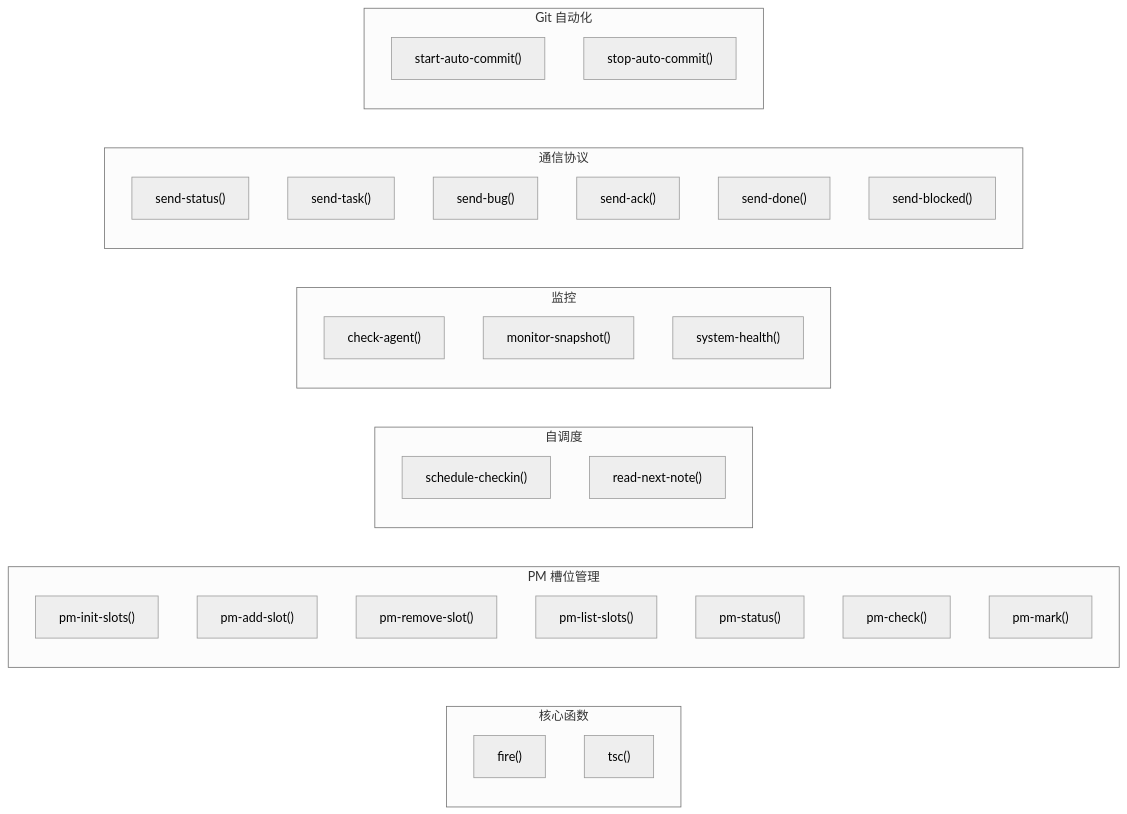
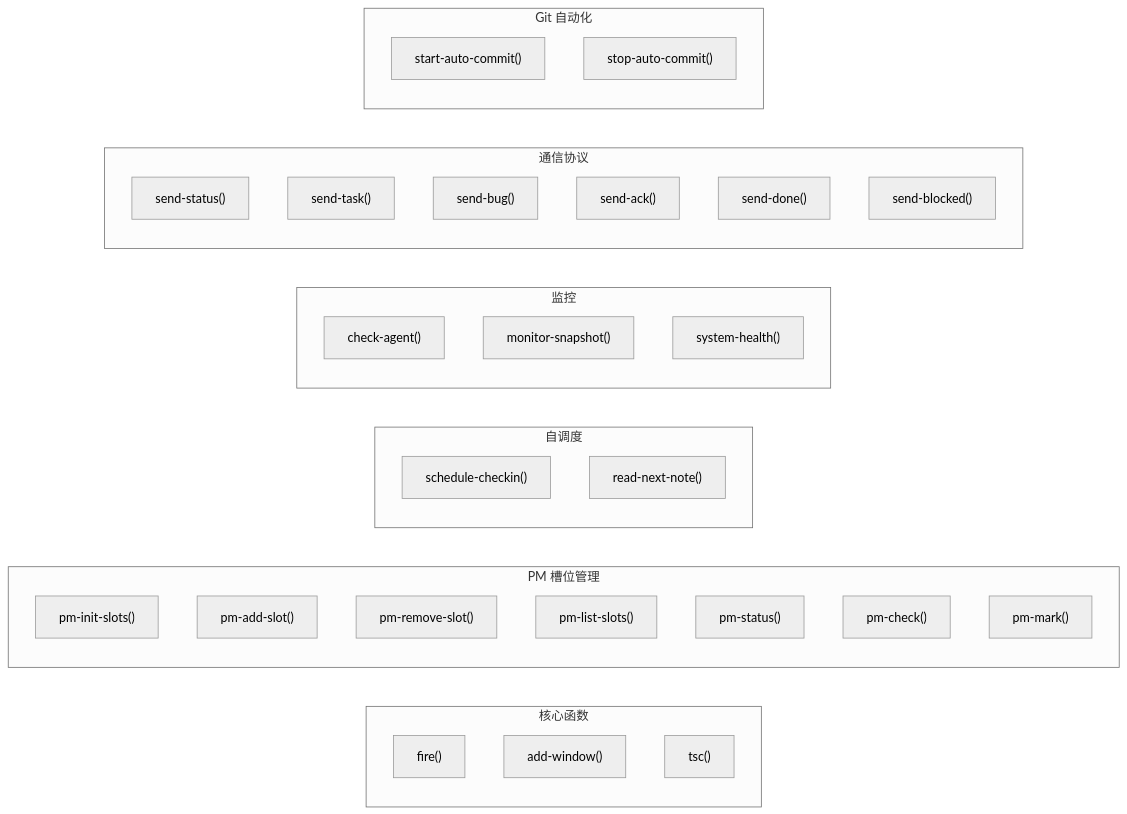
One commit to coolwoo/Tmux-AI-Team changed the fifth of 5 diagrams in CLAUDE.md. Above: the diagram before and after it, drawn with Mermaid (neutral theme). The commit also changed other lines of this file and 1 other file, not shown here.

Commit message:
docs: 添加 add-window 命令说明

````diff
--- a/CLAUDE.md
+++ b/CLAUDE.md
@@ -219,42 +219,43 @@
 ```mermaid
 graph LR
     subgraph Core["核心函数"]
         fire["fire()"]
+        addwin["add-window()"]
         tsc["tsc()"]
     end
 
     subgraph PMSlots["PM 槽位管理"]
         init["pm-init-slots()"]
         add["pm-add-slot()"]
         remove["pm-remove-slot()"]
         list["pm-list-slots()"]
         pmstatus["pm-status()"]
         pmcheck["pm-check()"]
         pmmark["pm-mark()"]
     end
 
     subgraph Schedule["自调度"]
         sched["schedule-checkin()"]
         note["read-next-note()"]
     end
 
     subgraph Monitor["监控"]
         check["check-agent()"]
         snap["monitor-snapshot()"]
         health["system-health()"]
     end
 
     subgraph Comm["通信协议"]
         status["send-status()"]
         task["send-task()"]
         bug["send-bug()"]
         ack["send-ack()"]
         done["send-done()"]
         blocked["send-blocked()"]
     end
 
     subgraph Git["Git 自动化"]
         start["start-auto-commit()"]
         stop["stop-auto-commit()"]
     end
 ```
````
